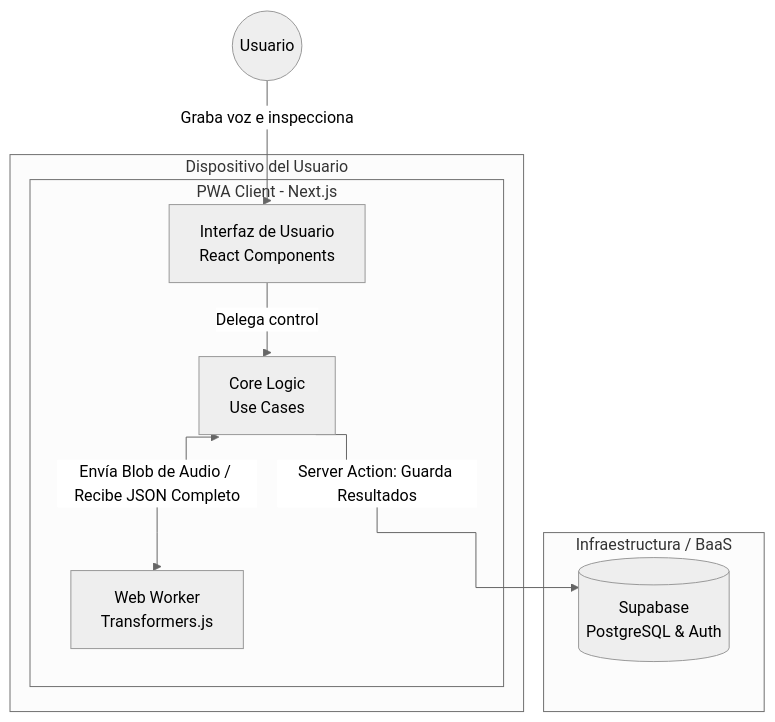
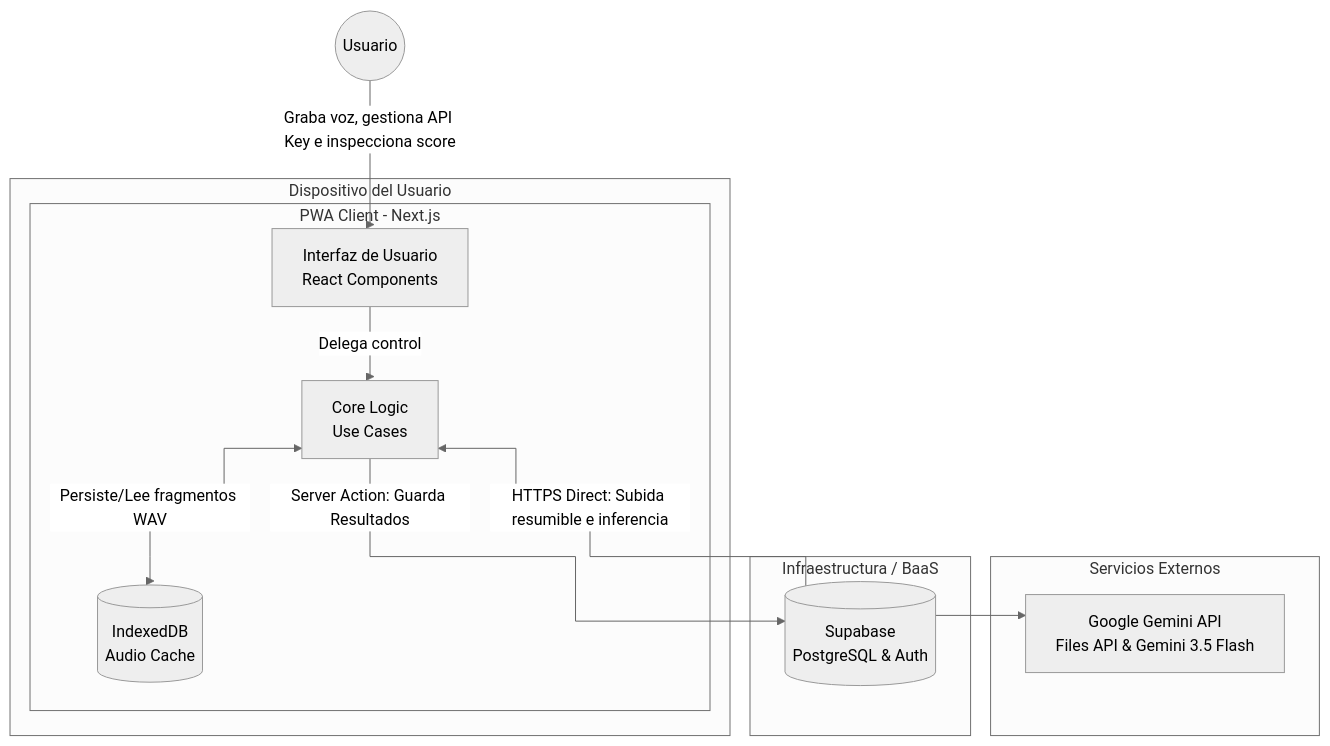
One commit to VGMil-dev/cicero changed the diagram in apps/docs/docs/arquitectura/contenedores.md. Above: the diagram before and after it, drawn with Mermaid (neutral theme). The commit also changed other lines of this file and 4 other files, not shown here.

Commit message:
docs(arquitectura): update docusaurus architecture decisions and sequence diagrams

````diff
--- a/apps/docs/docs/arquitectura/contenedores.md
+++ b/apps/docs/docs/arquitectura/contenedores.md
@@ -9,25 +9,28 @@
 ```mermaid
 %%{init: {'flowchart': {'curve': 'step'}}}%%
 flowchart TD
     User((Usuario))
 
     subgraph ClientDevice [Dispositivo del Usuario]
         subgraph PWA [PWA Client - Next.js]
             UI[Interfaz de Usuario<br/>React Components]
             Logic[Core Logic<br/>Use Cases]
-            Worker[Web Worker<br/>Transformers.js]
+            IndexedDB[(IndexedDB<br/>Audio Cache)]
         end
+    end
+
+    subgraph ExternalServices [Servicios Externos]
+        GeminiAPI[Google Gemini API<br/>Files API & Gemini 3.5 Flash]
     end
 
     subgraph Infra [Infraestructura / BaaS]
         Supabase[(Supabase<br/>PostgreSQL & Auth)]
     end
 
-    %% Flujos internos del cliente
-    User -->|Graba voz e inspecciona| UI
+    %% Flujos internos y externos del cliente
+    User -->|Graba voz, gestiona API Key e inspecciona score| UI
     UI -->|Delega control| Logic
-    Logic <-->|Envía Blob de Audio / Recibe JSON Completo| Worker
-
-    %% Flujo hacia el backend as a service
+    Logic <-->|Persiste/Lee fragmentos WAV| IndexedDB
+    Logic <-->|HTTPS Direct: Subida resumible e inferencia| GeminiAPI
     Logic -->|Server Action: Guarda Resultados| Supabase
 ```
````
